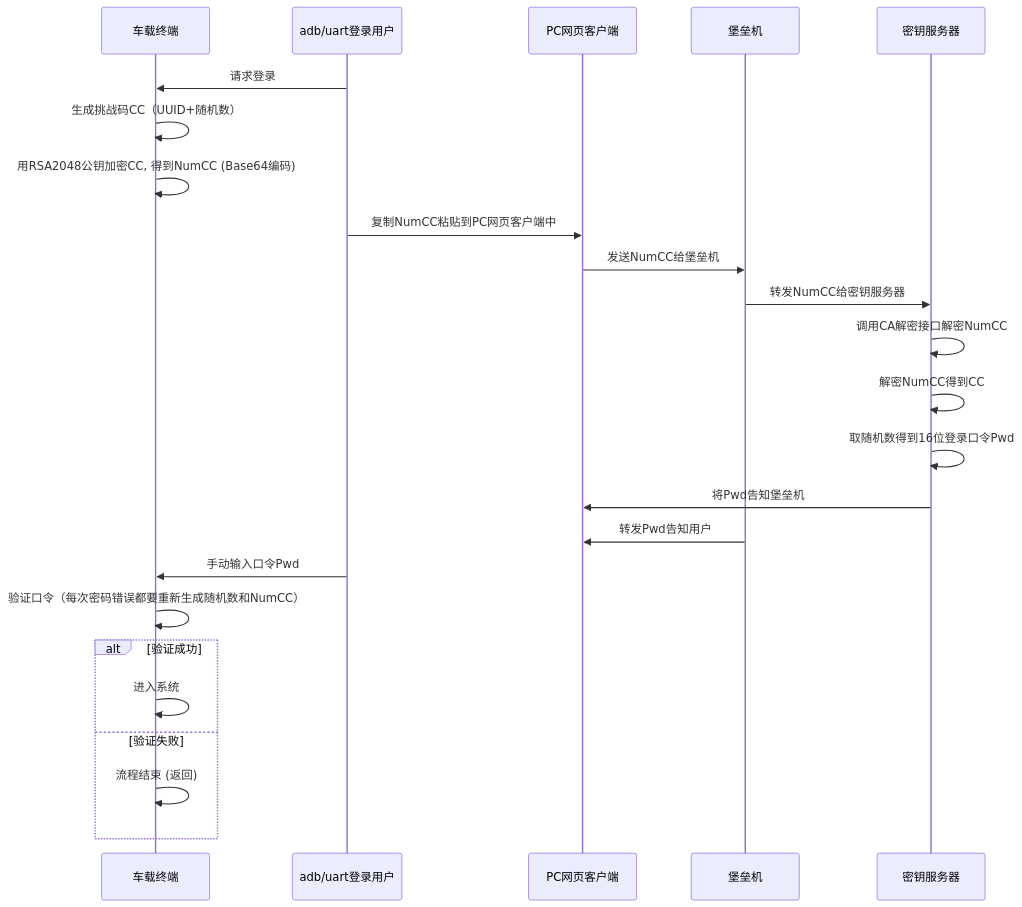
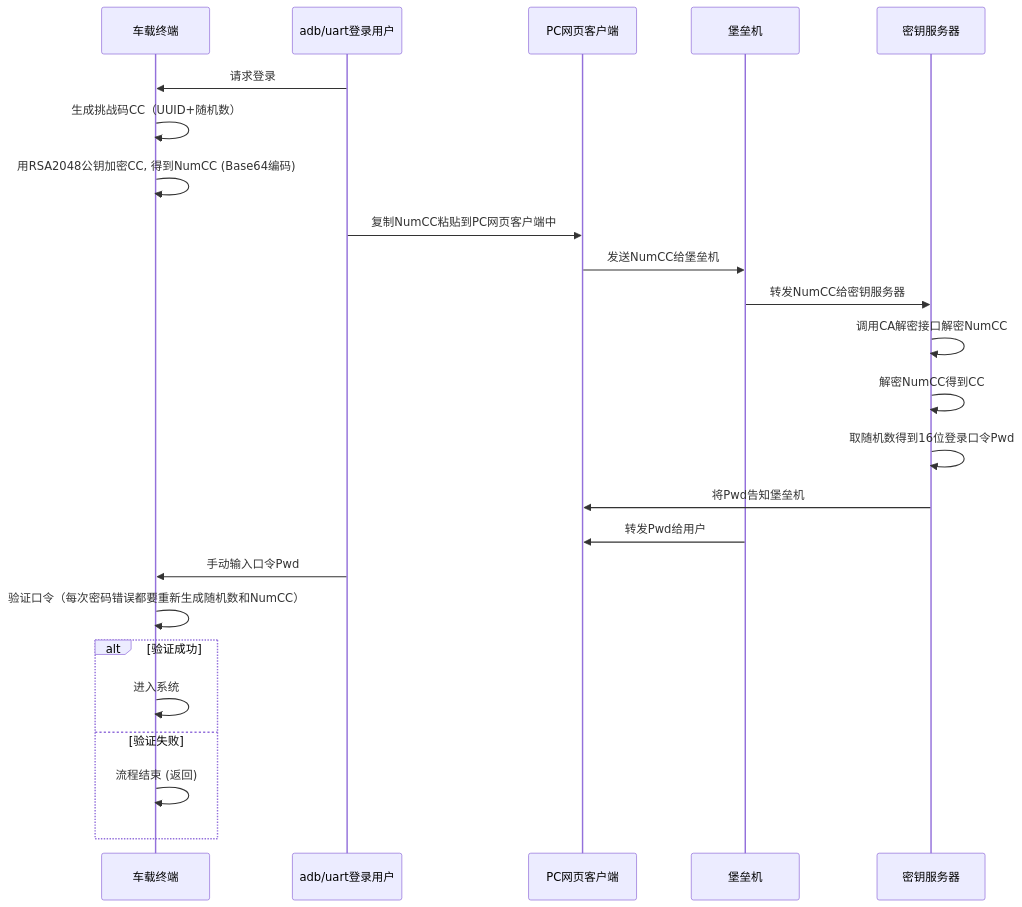
Before and after one commit to facebook-cloud/iodraw-files: the diagram in all/未命名-16.md, drawn with Mermaid.

Commit message:
2026-02-05 18:05:50 update

````diff
--- a/all/未命名-16.md
+++ b/all/未命名-16.md
@@ -1,30 +1,30 @@
 ```mermaid
 sequenceDiagram
     participant tbox as 车载终端
     participant user as adb/uart登录用户
     participant pc as PC网页客户端
     participant bastion as 堡垒机
     participant tech_center as 密钥服务器
   
 
     user->>tbox: 请求登录
     tbox->>tbox: 生成挑战码CC（UUID+随机数）
     tbox->>tbox: 用RSA2048公钥加密CC, 得到NumCC (Base64编码)
     user->>pc: 复制NumCC粘贴到PC网页客户端中
     pc->>bastion: 发送NumCC给堡垒机
     bastion->>tech_center: 转发NumCC给密钥服务器
     tech_center->>tech_center: 调用CA解密接口解密NumCC
     tech_center->>tech_center: 解密NumCC得到CC
     tech_center->>tech_center: 取随机数得到16位登录口令Pwd
     tech_center->>pc: 将Pwd告知堡垒机
-    bastion->>pc: 转发Pwd告知用户
+    bastion->>pc: 转发Pwd给用户
     user->>tbox: 手动输入口令Pwd
     tbox->>tbox: 验证口令（每次密码错误都要重新生成随机数和NumCC）
     alt 验证成功
         tbox->>tbox: 进入系统
     else 验证失败
         tbox->>tbox: 流程结束 (返回)
     end
 
 
 ```
````
